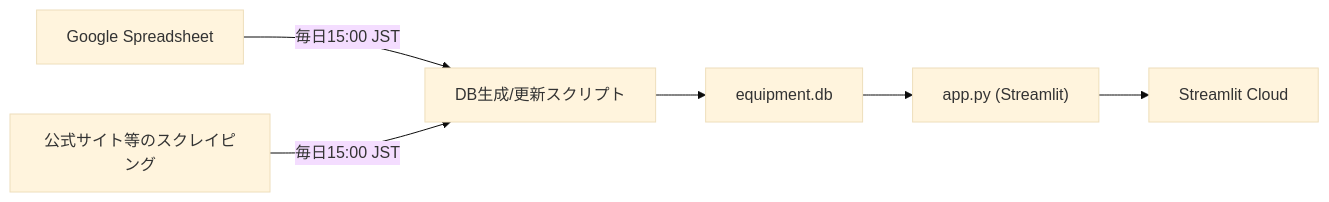
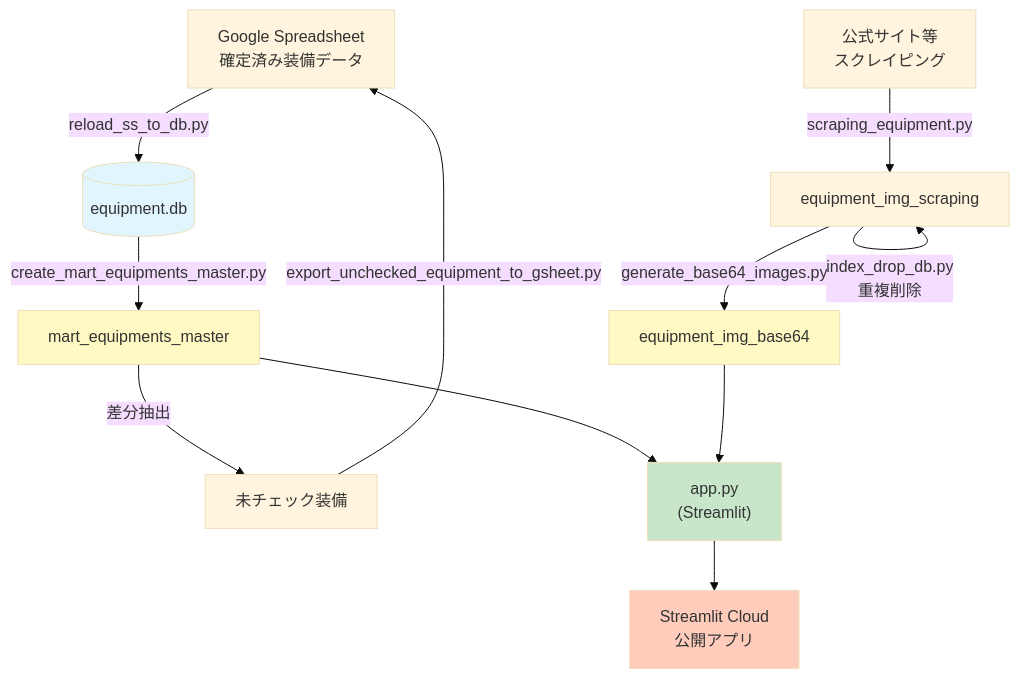
The diagram in README.md (apricot496/ryuon_equipment0825), drawn with Mermaid (base theme) before and after one commit. The commit also changed other lines of this file and 9 other files, not shown here.

````diff
--- a/README.md
+++ b/README.md
@@ -43,8 +46,19 @@
 ```mermaid
-flowchart LR
-  Sheets[Google Spreadsheet] -->|毎日15:00 JST| BuildDB[DB生成/更新スクリプト]
-  Web[公式サイト等のスクレイピング] -->|毎日15:00 JST| BuildDB
-  BuildDB --> DB[equipment.db]
-  DB --> App["app.py (Streamlit)"]
-  App --> Deploy[Streamlit Cloud]
+flowchart TB
+  Sheets[Google Spreadsheet<br/>確定済み装備データ] -->|reload_ss_to_db.py| DB[(equipment.db)]
+  Web[公式サイト等<br/>スクレイピング] -->|scraping_equipment.py| ImgScraping[equipment_img_scraping]
+  ImgScraping -->|index_drop_db.py<br/>重複削除| ImgScraping
+  ImgScraping -->|generate_base64_images.py| ImgBase64[equipment_img_base64]
+  DB -->|create_mart_equipments_master.py| Mart[mart_equipments_master]
+  Mart -->|差分抽出| Unchecked[未チェック装備]
+  Unchecked -->|export_unchecked_equipment_to_gsheet.py| Sheets
+  Mart --> App["app.py<br/>(Streamlit)"]
+  ImgBase64 --> App
+  App --> Deploy[Streamlit Cloud<br/>公開アプリ]
+  
+  style DB fill:#e1f5ff
+  style Mart fill:#fff9c4
+  style ImgBase64 fill:#fff9c4
+  style App fill:#c8e6c9
+  style Deploy fill:#ffccbc
 ```
````
